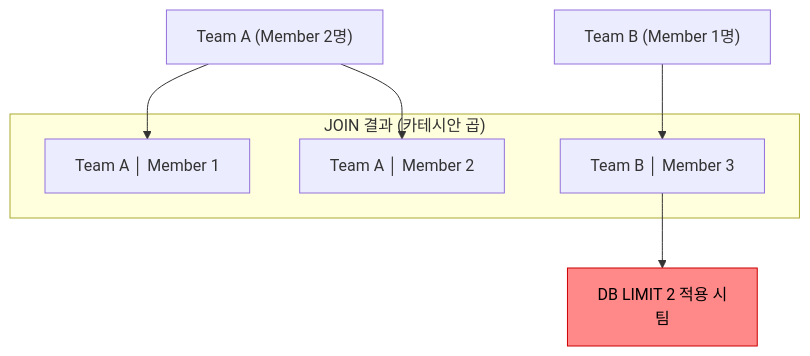
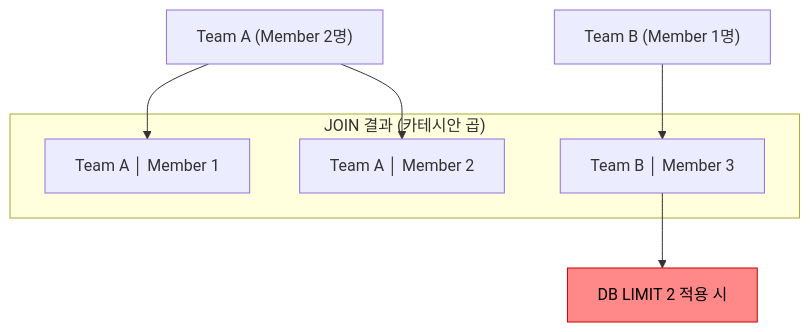
Before and after one commit to yjkim2015/yjkim2015.github.io: the second of 6 diagrams in _posts/jpa/2026-05-01-jpa-n-plus-1.md, drawn with Mermaid. The commit also changed 217 other files, not shown here.

First line of the commit message:
Mermaid 크기 수정: useMaxWidth:true + SVG max-width:100% + 라벨 축소

````diff
--- a/_posts/jpa/2026-05-01-jpa-n-plus-1.md
+++ b/_posts/jpa/2026-05-01-jpa-n-plus-1.md
@@ -194,14 +194,14 @@
 ```mermaid
 graph TD
     TA["Team A (Member 2명)"]
     TB["Team B (Member 1명)"]
     subgraph JOIN["JOIN 결과 (카테시안 곱)"]
         J1["Team A │ Member 1"]
         J2["Team A │ Member 2"]
         J3["Team B │ Member 3"]
     end
     TA --> J1 & J2
     TB --> J3
-    J3 --> WARN["DB LIMIT 2 적용 시\n팀"]
+    J3 --> WARN["DB LIMIT 2 적용 시"]
     style WARN fill:#f88,stroke:#c00,color:#000
 ```
````
